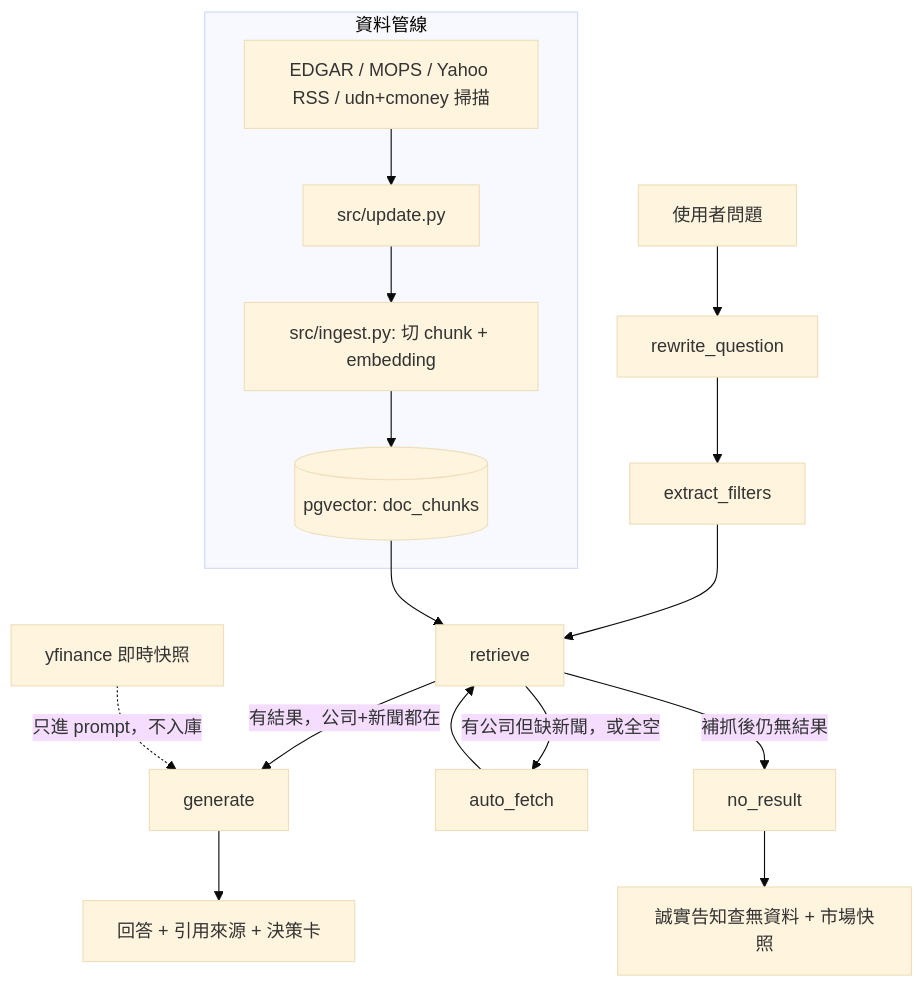
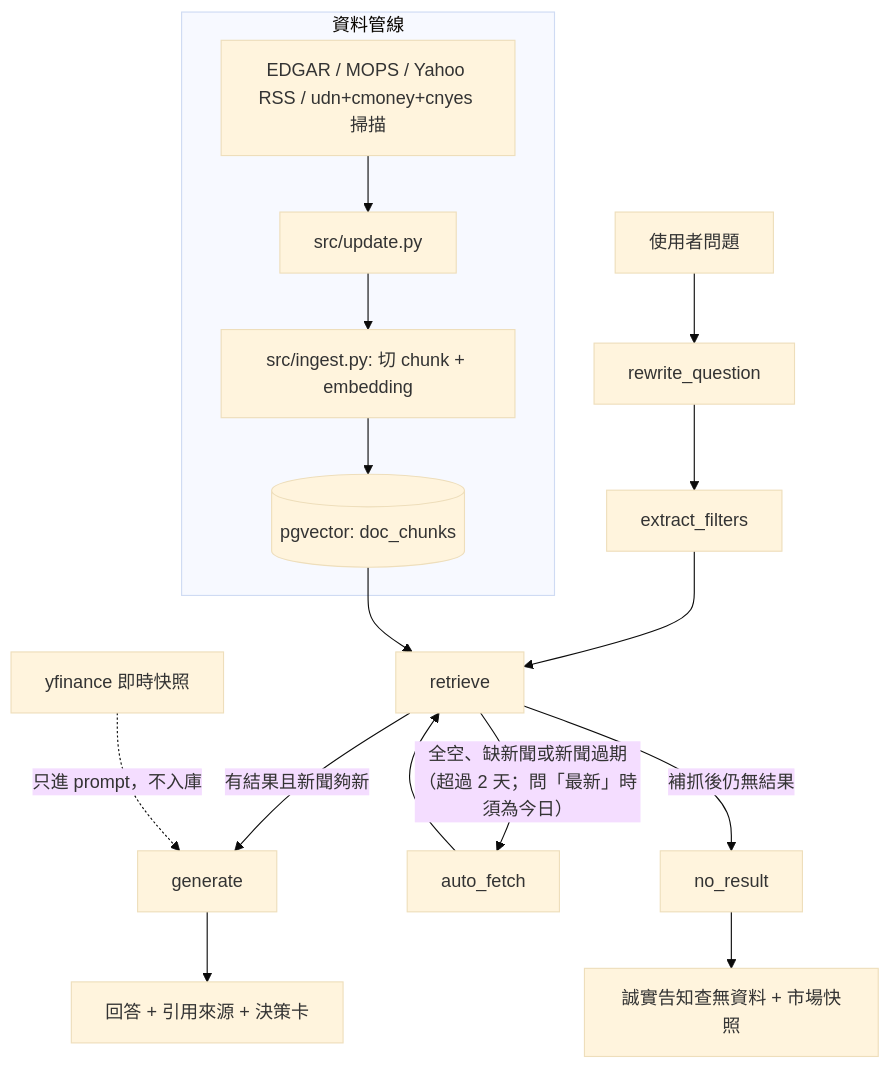
Before and after one commit to thelilywang/finance-ai-assistant: the second of 2 diagrams in docs/PROJECT.md, drawn with Mermaid (base theme). The commit also changed other lines of this file and 2 other files, not shown here.

First line of the commit message:
docs: sync docs and diagrams with new features

````diff
--- a/docs/PROJECT.md
+++ b/docs/PROJECT.md
@@ -114,20 +119,20 @@
 ```mermaid
 flowchart TD
     U[使用者問題] --> RW[rewrite_question]
     RW --> EF[extract_filters]
     EF --> RT[retrieve]
-    RT -->|有結果，公司+新聞都在| GEN[generate]
-    RT -->|有公司但缺新聞，或全空| AF[auto_fetch]
+    RT -->|"有結果且新聞夠新"| GEN[generate]
+    RT -->|"全空、缺新聞或新聞過期（超過 2 天；問「最新」時須為今日）"| AF[auto_fetch]
     AF --> RT
     RT -->|補抓後仍無結果| NR[no_result]
     GEN --> A[回答 + 引用來源 + 決策卡]
     NR --> B[誠實告知查無資料 + 市場快照]
 
     subgraph 資料管線
-        SRC[EDGAR / MOPS / Yahoo RSS / udn+cmoney 掃描] --> UP[src/update.py]
+        SRC[EDGAR / MOPS / Yahoo RSS / udn+cmoney+cnyes 掃描] --> UP[src/update.py]
         UP --> ING[src/ingest.py: 切 chunk + embedding]
         ING --> PG[(pgvector: doc_chunks)]
     end
     PG --> RT
     YF[yfinance 即時快照] -.只進 prompt，不入庫.-> GEN
 ```
````
